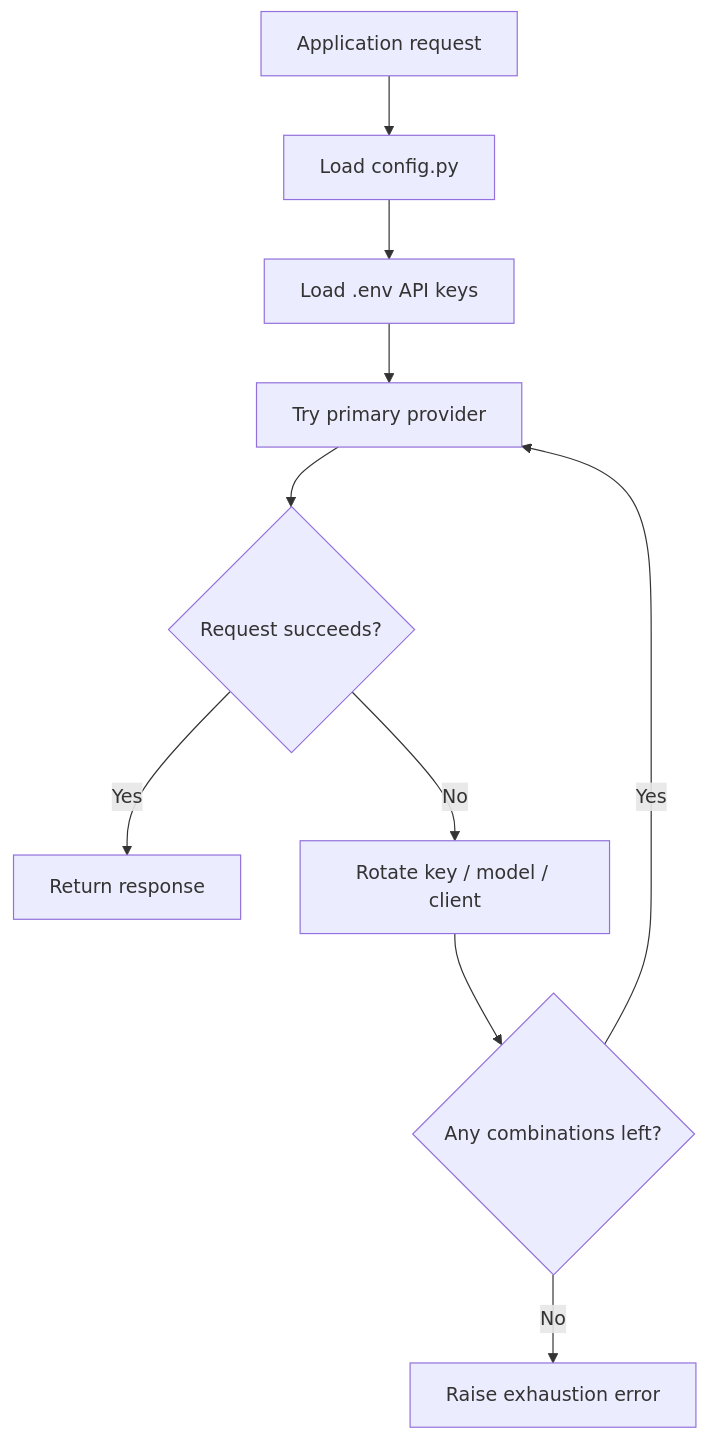
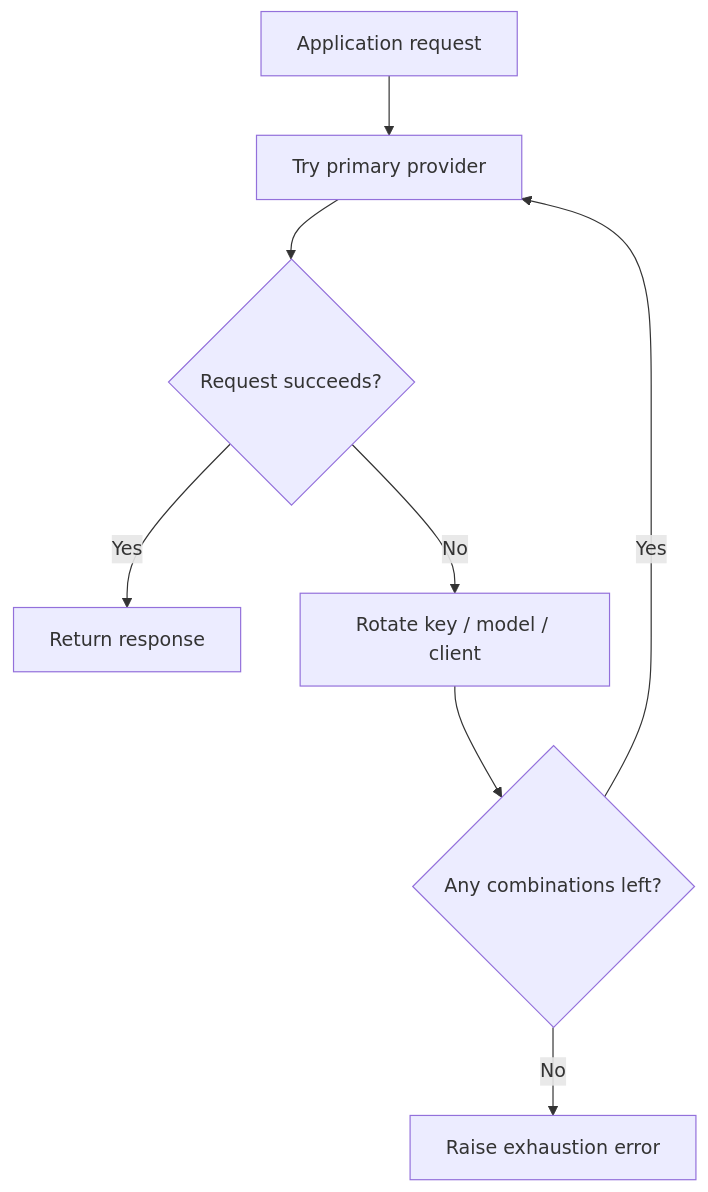
One commit to prathamtomar99/PolyRouter changed the diagram in README.md. Above: the diagram before and after it, drawn with Mermaid. The commit also changed other lines of this file and 7 other files, not shown here.

````diff
--- a/README.md
+++ b/README.md
@@ -40,12 +35,10 @@
 ```mermaid
 flowchart TD
-	A[Application request] --> B[Load config.py]
-	B --> C[Load .env API keys]
-	C --> D[Try primary provider]
+	A[Application request] --> D[Try primary provider]
 	D --> E{Request succeeds?}
 	E -->|Yes| F[Return response]
 	E -->|No| G[Rotate key / model / client]
 	G --> H{Any combinations left?}
 	H -->|Yes| D
 	H -->|No| I[Raise exhaustion error]
 ```
````
